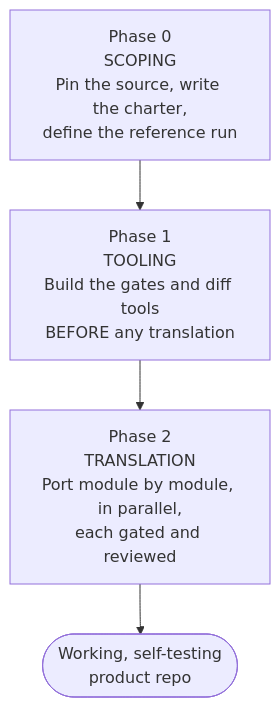
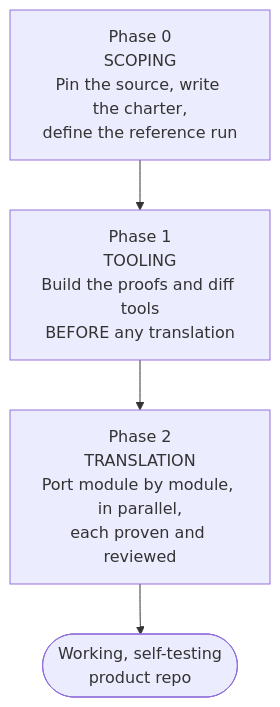
Before and after one commit to ecmwf/chisel: the first of 6 diagrams in methodology.md, drawn with Mermaid. The commit also changed other lines of this file and 113 other files, not shown here.

First line of the commit message:
refactor: rename gate / gated to proof / proven across the methodology

````diff
--- a/methodology.md
+++ b/methodology.md
@@ -60,7 +60,7 @@
 ```mermaid
 flowchart TD
   P0["Phase 0<br/>SCOPING<br/>Pin the source, write the charter,<br/>define the reference run"]
-  P1["Phase 1<br/>TOOLING<br/>Build the gates and diff tools<br/>BEFORE any translation"]
-  P2["Phase 2<br/>TRANSLATION<br/>Port module by module, in parallel,<br/>each gated and reviewed"]
+  P1["Phase 1<br/>TOOLING<br/>Build the proofs and diff tools<br/>BEFORE any translation"]
+  P2["Phase 2<br/>TRANSLATION<br/>Port module by module, in parallel,<br/>each proven and reviewed"]
   P0 --> P1 --> P2 --> DONE([Working, self-testing<br/>product repo])
 ```
````
